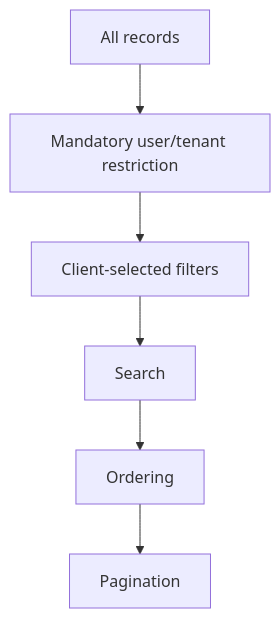
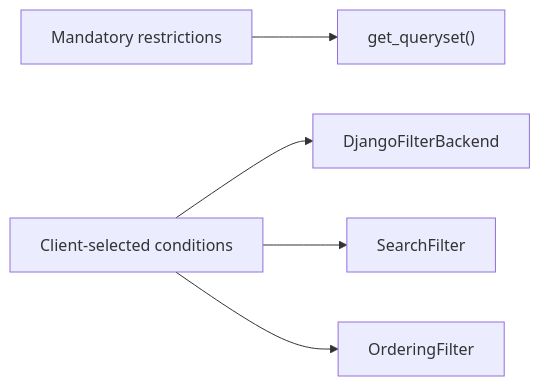
The second of 4 diagrams in src/content/drf/pagination-filtering-throttling.md (AvadhBhalodiya/Interview-Preparation), drawn with Mermaid before and after one commit. The commit also changed other lines of this file and 80 other files, not shown here.

````diff
--- a/src/content/drf/pagination-filtering-throttling.md
+++ b/src/content/drf/pagination-filtering-throttling.md
@@ -520,8 +195,7 @@
 ```mermaid
-flowchart TD
-    A[All records] --> B["Mandatory user/tenant restriction"]
-    B --> C[Client-selected filters]
-    C --> D[Search]
-    D --> E[Ordering]
-    E --> F[Pagination]
+flowchart LR
+    A["Mandatory restrictions"] --> B["get_queryset()"]
+    C["Client-selected conditions"] --> D["DjangoFilterBackend"]
+    C --> E["SearchFilter"]
+    C --> F["OrderingFilter"]
 ```
````
